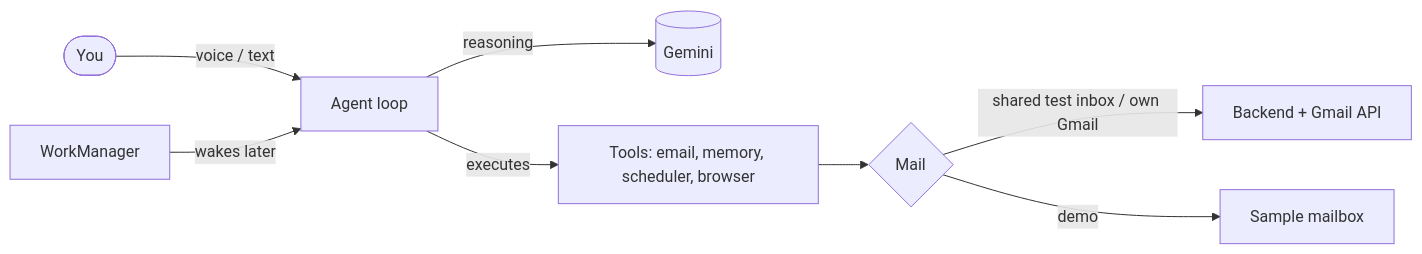
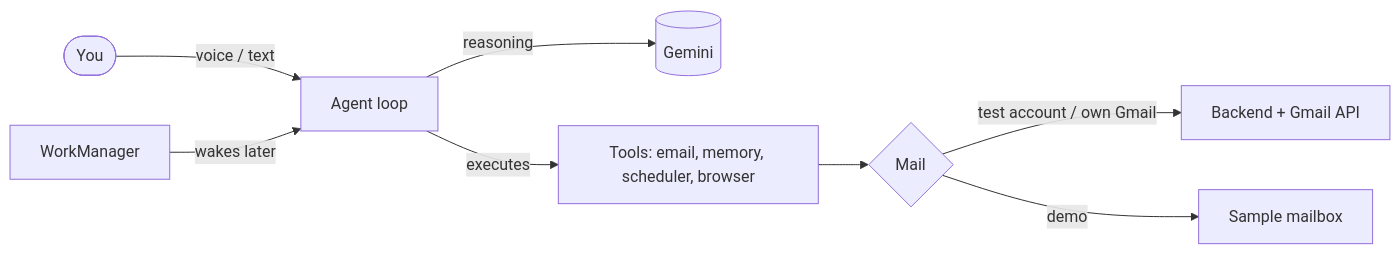
The diagram in README.md (AdityaKushwaha404/Aurviz_agent), drawn with Mermaid before and after one commit. The commit also changed other lines of this file and 37 other files, not shown here.

First line of the commit message:
feat: test Gmail account with credentials and sign-in steps in the app; mailbox order test/own/demo; demo-only viewer

````diff
--- a/README.md
+++ b/README.md
@@ -51,10 +51,10 @@
 ```mermaid
 flowchart LR
     U([You]) -- voice / text --> A[Agent loop]
     A -- reasoning --> G[(Gemini)]
     A -- executes --> T[Tools: email, memory, scheduler, browser]
     T --> M{Mail}
-    M -- shared test inbox / own Gmail --> B[Backend + Gmail API]
+    M -- test account / own Gmail --> B[Backend + Gmail API]
     M -- demo --> D[Sample mailbox]
     S[WorkManager] -- wakes later --> A
 ```
````
